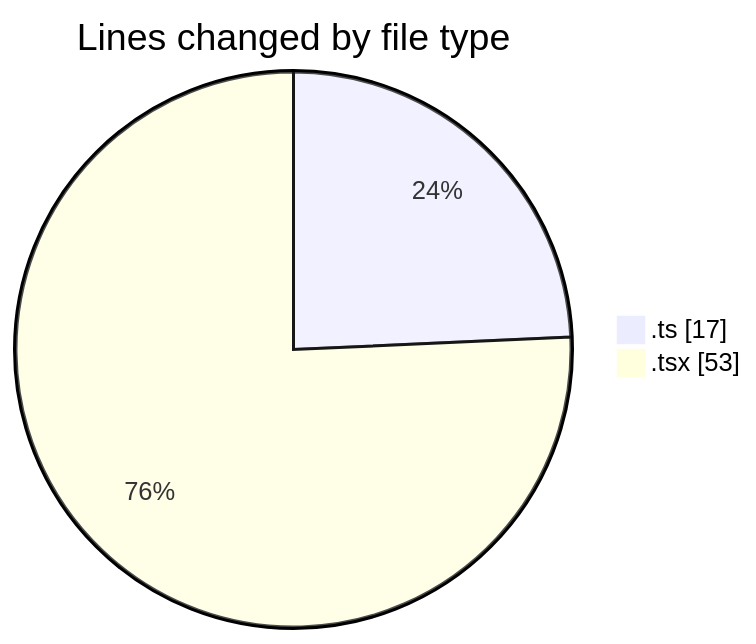
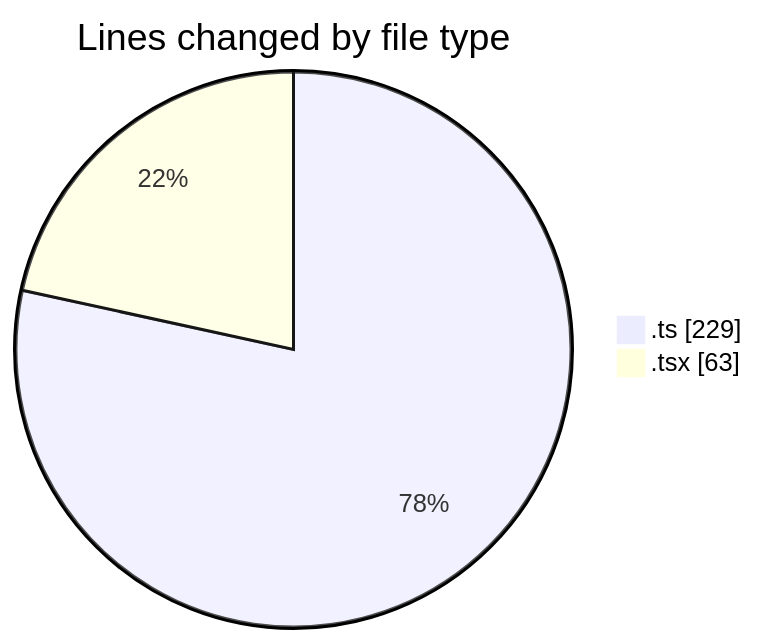
The first of 2 diagrams in 2025-11-24/eventscop-frontend-guide__workspace_/README.md (julien-gomy/code-tracking), drawn with Mermaid before and after one commit. The commit also changed other lines of this file and 1 other file, not shown here.

````diff
--- a/2025-11-24/eventscop-frontend-guide__workspace_/README.md
+++ b/2025-11-24/eventscop-frontend-guide__workspace_/README.md
@@ -23,6 +24,6 @@
 ```mermaid
 pie showData
 title Lines changed by file type
-".ts" : 17
-".tsx" : 53
+".ts" : 229
+".tsx" : 63
 ```
````
